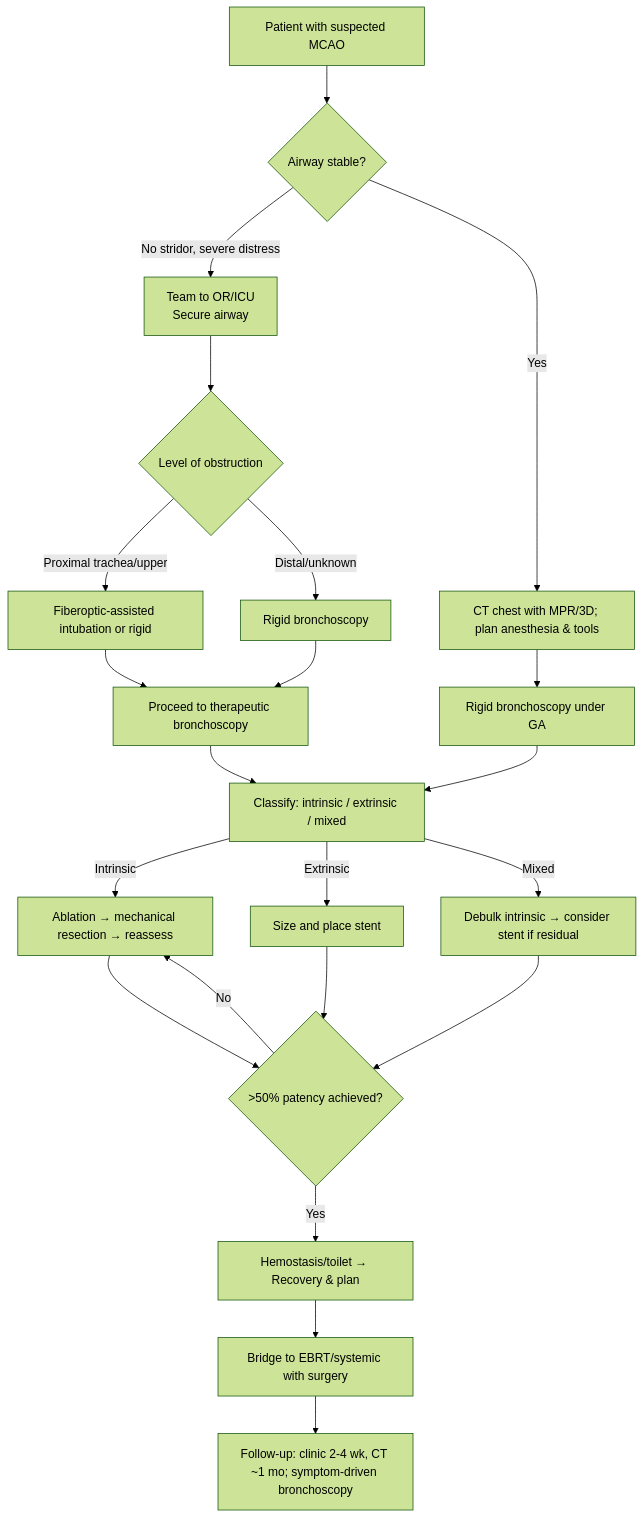
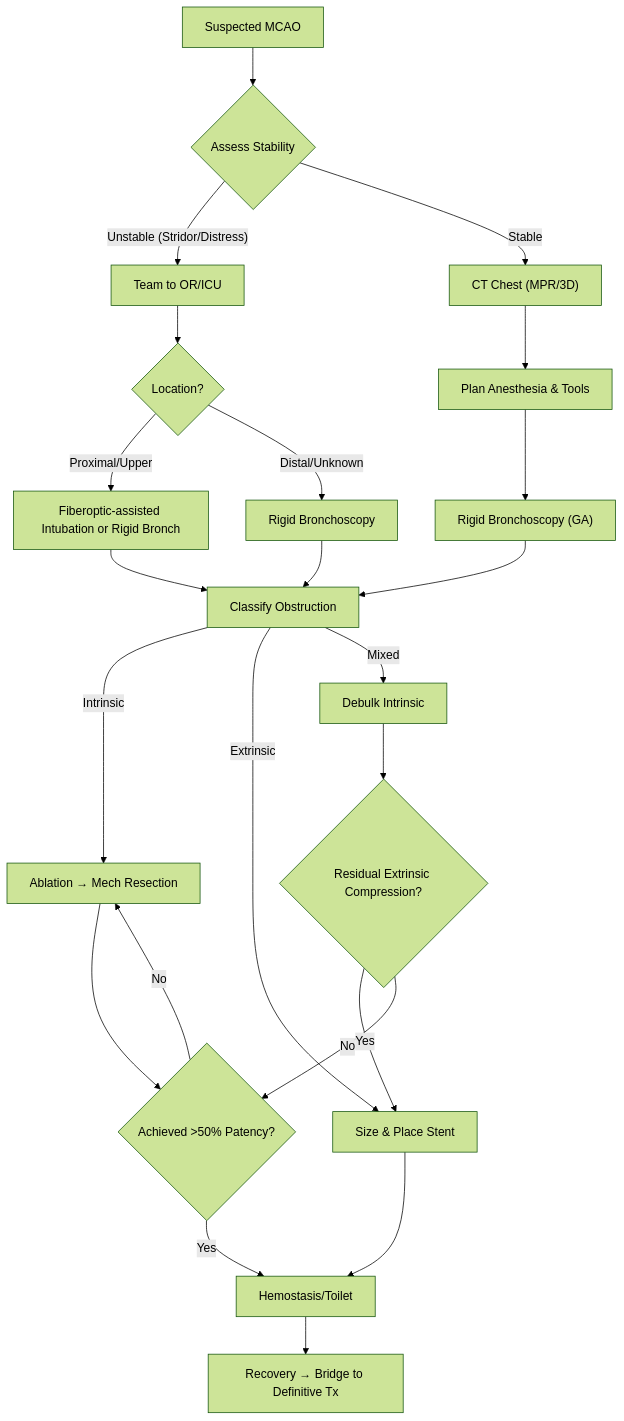
Before and after one commit to russellmiller49/Interventional-Pulm-Education-Project: the first of 2 diagrams in content/modules/board/management-of-malignant-central-airway-obstruction.mdx, drawn with Mermaid (forest theme). The commit also changed other lines of this file and 45 other files, not shown here.

````diff
--- a/content/modules/board/management-of-malignant-central-airway-obstruction.mdx
+++ b/content/modules/board/management-of-malignant-central-airway-obstruction.mdx
@@ -187,24 +128,25 @@
 ```mermaid
-flowchart TD
-A[Patient with suspected MCAO] --> B{Airway stable?}
-B -->|No stridor, severe distress| C[Team to OR/ICU\nSecure airway]
-C --> C1{Level of obstruction}
-C1 -->|Proximal trachea/upper| C2[Fiberoptic-assisted intubation or rigid]
-C1 -->|Distal/unknown| C3[Rigid bronchoscopy]
-C2 --> D[Proceed to therapeutic bronchoscopy]
-C3 --> D
-B -->|Yes| E[CT chest with MPR/3D; plan anesthesia & tools]
-E --> F[Rigid bronchoscopy under GA]
-D --> G[Classify: intrinsic / extrinsic / mixed]
-F --> G
-G -->|Intrinsic| H[Ablation → mechanical resection → reassess]
-G -->|Extrinsic| I[Size and place stent]
-G -->|Mixed| J[Debulk intrinsic → consider stent if residual]
-H --> K{&gt;50% patency achieved?}
-I --> K
-J --> K
-K -->|Yes| L[Hemostasis/toilet → Recovery & plan]
-K -->|No| H
-L --> M[Bridge to EBRT/systemic with surgery]
-M --> N[Follow-up: clinic 2-4 wk, CT ~1 mo; symptom-driven bronchoscopy]
+graph TD
+        A["Suspected MCAO"] --> B{"Assess Stability"}
+        B -- "Unstable (Stridor/Distress)" --> C["Team to OR/ICU"]
+        C --> D{"Location?"}
+        D -- "Proximal/Upper" --> E["Fiberoptic-assisted Intubation or Rigid Bronch"]
+        D -- "Distal/Unknown" --> F["Rigid Bronchoscopy"]
+        B -- "Stable" --> G["CT Chest (MPR/3D)"]
+        G --> H["Plan Anesthesia & Tools"]
+        H --> I["Rigid Bronchoscopy (GA)"]
+        E --> J["Classify Obstruction"]
+        F --> J
+        I --> J
+        J -- "Intrinsic" --> K["Ablation → Mech Resection"]
+        J -- "Extrinsic" --> L["Size & Place Stent"]
+        J -- "Mixed" --> M["Debulk Intrinsic"]
+        M --> N{"Residual Extrinsic Compression?"}
+        N -- "Yes" --> L
+        N -- "No" --> O
+        K --> O{"Achieved >50% Patency?"}
+        O -- "No" --> K
+        O -- "Yes" --> P["Hemostasis/Toilet"]
+        L --> P
+        P --> Q["Recovery → Bridge to Definitive Tx"]
 ```
````
